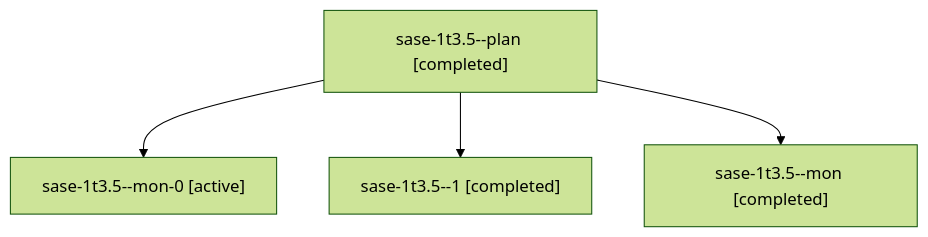
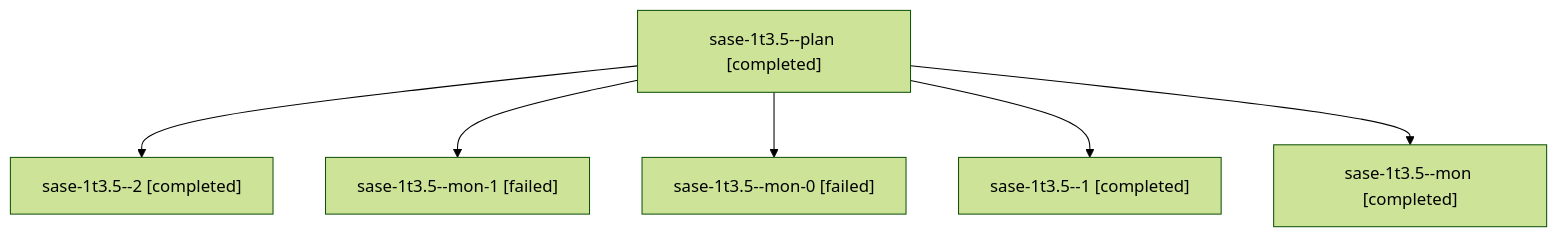
Before and after one commit to sase-org/sase--agents: the diagram in sessions/bbugyi200.athena.sase-1t3.5.md, drawn with Mermaid (forest theme). The commit also changed other lines of this file and 149 other files, not shown here.

````diff
--- a/sessions/bbugyi200.athena.sase-1t3.5.md
+++ b/sessions/bbugyi200.athena.sase-1t3.5.md
@@ -9,10 +9,14 @@
 ```mermaid
 flowchart TD
   n0["sase-1t3.5--plan [completed]"]
-  n1["sase-1t3.5--mon-0 [active]"]
+  n1["sase-1t3.5--2 [completed]"]
   n0 --> n1
-  n2["sase-1t3.5--1 [completed]"]
+  n2["sase-1t3.5--mon-1 [failed]"]
   n0 --> n2
-  n3["sase-1t3.5--mon [completed]"]
+  n3["sase-1t3.5--mon-0 [failed]"]
   n0 --> n3
+  n4["sase-1t3.5--1 [completed]"]
+  n0 --> n4
+  n5["sase-1t3.5--mon [completed]"]
+  n0 --> n5
 ```
````
